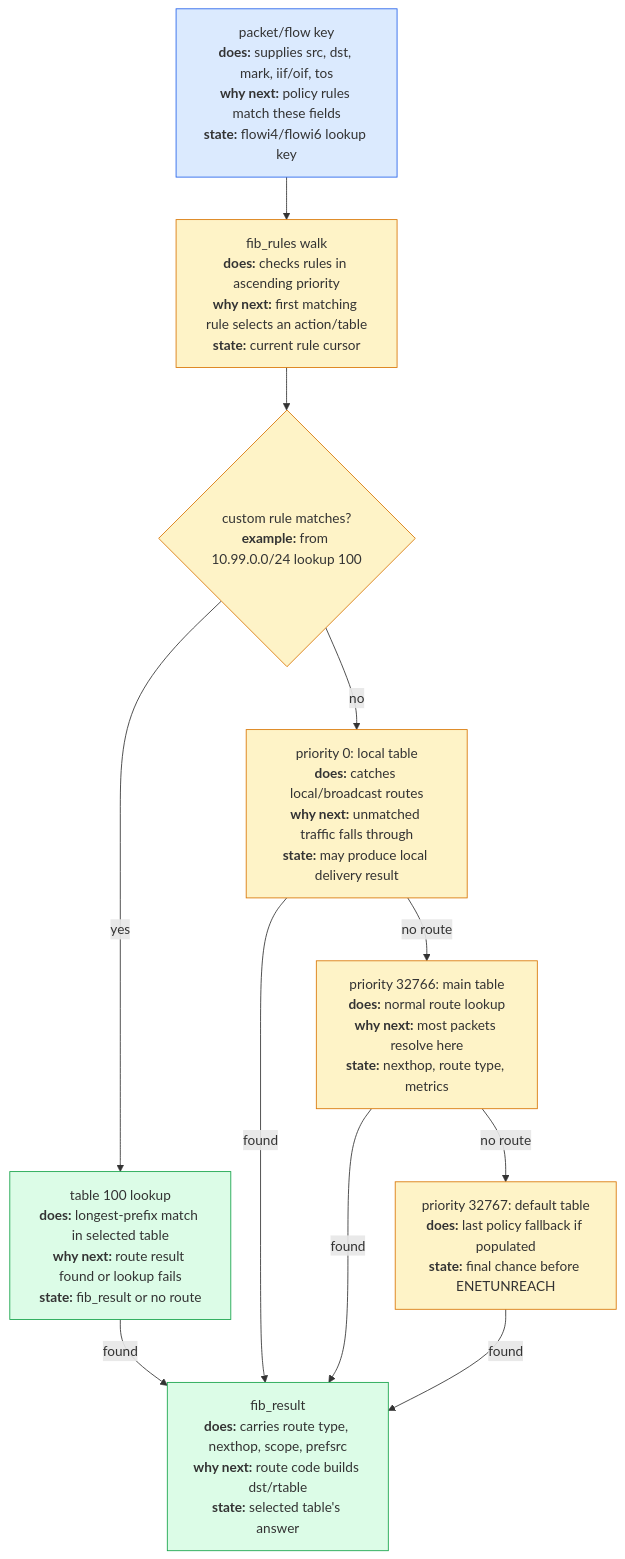
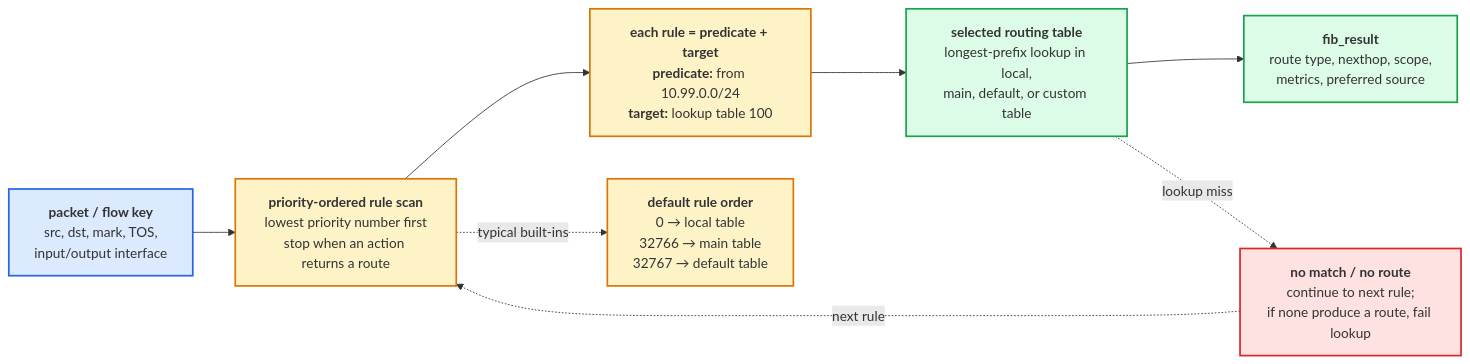
The diagram in linux-net/src/diagrams/src/day09_rules.mmd (biefy/books), drawn with Mermaid before and after one commit. The commit also changed 23 other files, not shown here.

First line of the commit message:
Improve diagram rendered readability

```diff
--- a/linux-net/src/diagrams/src/day09_rules.mmd
+++ b/linux-net/src/diagrams/src/day09_rules.mmd
@@ -1,25 +1,27 @@
-flowchart TD
-    Pkt["packet/flow key<br/><b>does:</b> supplies src, dst, mark, iif/oif, tos<br/><b>why next:</b> policy rules match these fields<br/><b>state:</b> flowi4/flowi6 lookup key"]
-    Rules["fib_rules walk<br/><b>does:</b> checks rules in ascending priority<br/><b>why next:</b> first matching rule selects an action/table<br/><b>state:</b> current rule cursor"]
-    Custom{"custom rule matches?<br/><b>example:</b> from 10.99.0.0/24 lookup 100"}
-    CustomTable["table 100 lookup<br/><b>does:</b> longest-prefix match in selected table<br/><b>why next:</b> route result found or lookup fails<br/><b>state:</b> fib_result or no route"]
-    Local["priority 0: local table<br/><b>does:</b> catches local/broadcast routes<br/><b>why next:</b> unmatched traffic falls through<br/><b>state:</b> may produce local delivery result"]
-    Main["priority 32766: main table<br/><b>does:</b> normal route lookup<br/><b>why next:</b> most packets resolve here<br/><b>state:</b> nexthop, route type, metrics"]
-    Default["priority 32767: default table<br/><b>does:</b> last policy fallback if populated<br/><b>state:</b> final chance before ENETUNREACH"]
-    Result["fib_result<br/><b>does:</b> carries route type, nexthop, scope, prefsrc<br/><b>why next:</b> route code builds dst/rtable<br/><b>state:</b> selected table's answer"]
+flowchart LR
+    Key["<b>packet / flow key</b><br/>src, dst, mark, TOS,<br/>input/output interface"]
 
-    Pkt --> Rules --> Custom
-    Custom -->|yes| CustomTable
-    Custom -->|no| Local
-    Local -->|no route| Main -->|no route| Default
-    CustomTable -->|found| Result
-    Local -->|found| Result
-    Main -->|found| Result
-    Default -->|found| Result
+    Scan["<b>priority-ordered rule scan</b><br/>lowest priority number first<br/>stop when an action returns a route"]
 
-    classDef key fill:#dbeafe,stroke:#2563eb
-    classDef rule fill:#fef3c7,stroke:#d97706
-    classDef out fill:#dcfce7,stroke:#16a34a
-    class Pkt key
-    class Rules,Custom,Local,Main,Default rule
-    class CustomTable,Result out
+    Rule["<b>each rule = predicate + target</b><br/><b>predicate:</b> from 10.99.0.0/24<br/><b>target:</b> lookup table 100"]
+
+    Table["<b>selected routing table</b><br/>longest-prefix lookup in local,<br/>main, default, or custom table"]
+
+    Result["<b>fib_result</b><br/>route type, nexthop, scope,<br/>metrics, preferred source"]
+
+    Miss["<b>no match / no route</b><br/>continue to next rule;<br/>if none produce a route, fail lookup"]
+
+    Key --> Scan --> Rule --> Table --> Result
+    Table -. lookup miss .-> Miss -. next rule .-> Scan
+
+    Defaults["<b>default rule order</b><br/>0 → local table<br/>32766 → main table<br/>32767 → default table"]
+    Scan -. typical built-ins .-> Defaults
+
+    classDef key fill:#dbeafe,stroke:#2563eb,stroke-width:2px
+    classDef rule fill:#fef3c7,stroke:#d97706,stroke-width:2px
+    classDef out fill:#dcfce7,stroke:#16a34a,stroke-width:2px
+    classDef miss fill:#fee2e2,stroke:#dc2626,stroke-width:2px
+    class Key key
+    class Scan,Rule,Defaults rule
+    class Table,Result out
+    class Miss miss
```
